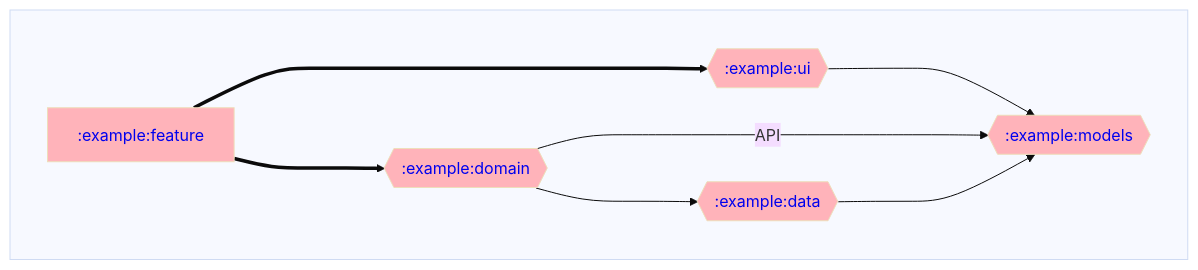
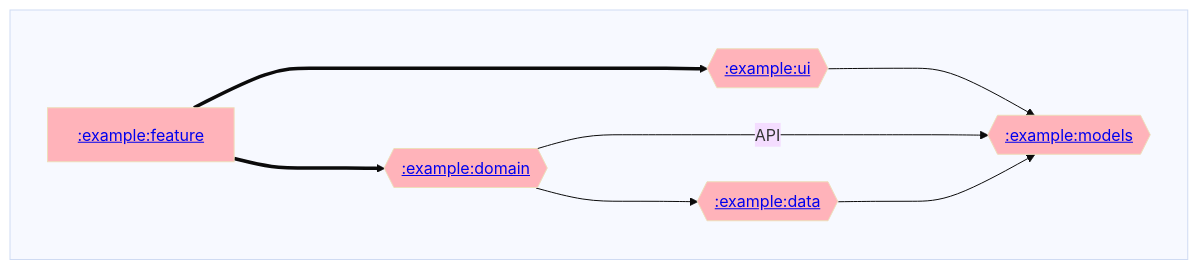
One commit to adityabhaskar/Gradle-dependency-graphs changed the diagram in example/feature/dependencyGraph.md. Above: the diagram before and after it, drawn with Mermaid. The commit also changed 6 other files, not shown here.

Commit message:
Revert graphs

````diff
--- a/example/feature/dependencyGraph.md
+++ b/example/feature/dependencyGraph.md
@@ -1,30 +1,30 @@
 ```mermaid
 %%{ init: { 'theme': 'base' } }%%
 graph LR;
 
 %% Styling for module nodes by type
 classDef rootNode stroke-width:4px;
-classDef mppNode fill:#ffd2b3,color:#333333;
-classDef andNode fill:#baffc9,color:#333333;
-classDef javaNode fill:#ffb3ba,color:#333333;
+classDef mppNode fill:#ffd2b3;
+classDef andNode fill:#baffc9;
+classDef javaNode fill:#ffb3ba;
 
 %% Modules
 subgraph  
   direction LR;
-  :example:data{{<a href='https://github.com/adityabhaskar/Gradle-dependency-graphs/blob/main/example/data/dependencyGraph.md' style='text-decoration:auto'>:example:data</a>}}:::javaNode;
-  :example:domain{{<a href='https://github.com/adityabhaskar/Gradle-dependency-graphs/blob/main/example/domain/dependencyGraph.md' style='text-decoration:auto'>:example:domain</a>}}:::javaNode;
-  :example:feature[<a href='https://github.com/adityabhaskar/Gradle-dependency-graphs/blob/main/example/feature/dependencyGraph.md' style='text-decoration:auto'>:example:feature</a>]:::javaNode;
-  :example:models{{<a href='https://github.com/adityabhaskar/Gradle-dependency-graphs/blob/main/example/models/dependencyGraph.md' style='text-decoration:auto'>:example:models</a>}}:::javaNode;
-  :example:ui{{<a href='https://github.com/adityabhaskar/Gradle-dependency-graphs/blob/main/example/ui/dependencyGraph.md' style='text-decoration:auto'>:example:ui</a>}}:::javaNode;
+  :example:data{{<a href='https://github.com/adityabhaskar/Gradle-dependency-graphs/blob/main/example/data/dependencyGraph.md' style='color:#333;text-decoration:auto;'>:example:data</a>}}:::javaNode;
+  :example:domain{{<a href='https://github.com/adityabhaskar/Gradle-dependency-graphs/blob/main/example/domain/dependencyGraph.md' style='color:#333;text-decoration:auto;'>:example:domain</a>}}:::javaNode;
+  :example:feature[<a href='https://github.com/adityabhaskar/Gradle-dependency-graphs/blob/main/example/feature/dependencyGraph.md' style='color:#333;text-decoration:auto;'>:example:feature</a>]:::javaNode;
+  :example:models{{<a href='https://github.com/adityabhaskar/Gradle-dependency-graphs/blob/main/example/models/dependencyGraph.md' style='color:#333;text-decoration:auto;'>:example:models</a>}}:::javaNode;
+  :example:ui{{<a href='https://github.com/adityabhaskar/Gradle-dependency-graphs/blob/main/example/ui/dependencyGraph.md' style='color:#333;text-decoration:auto;'>:example:ui</a>}}:::javaNode;
 end
 
 %% Dependencies
 :example:data--->:example:models
 :example:feature===>:example:ui
 :example:feature===>:example:domain
 :example:ui--->:example:models
 :example:domain--API--->:example:models
 :example:domain--->:example:data
 
 %% Dependents
 ```
````
